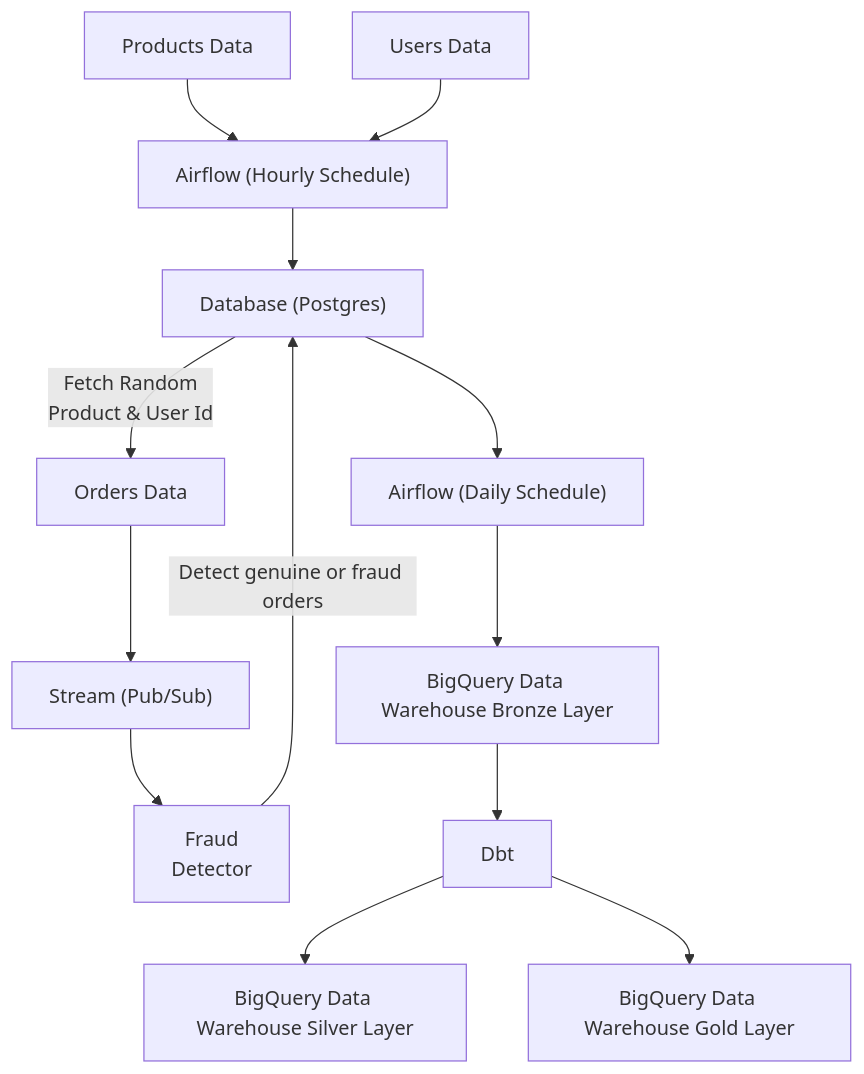
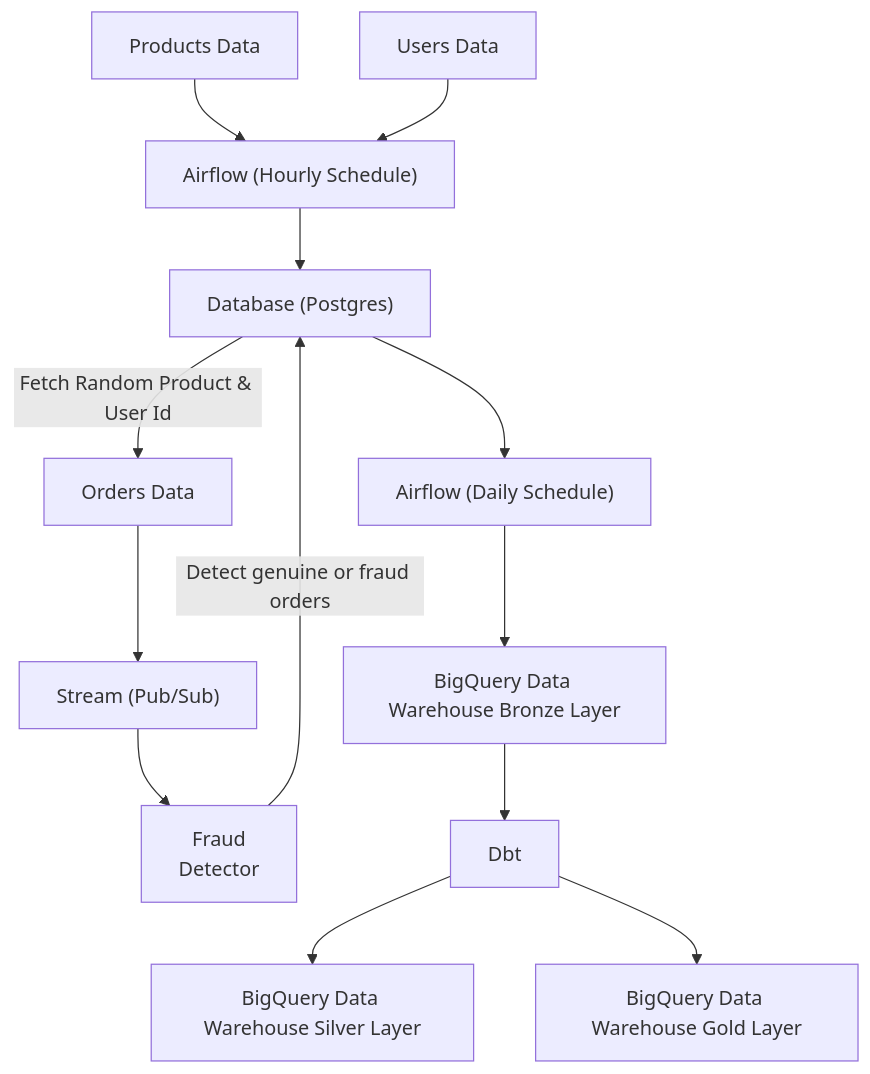
The diagram in README.md (ramadhantaAkmal/ecommerce-batch-streaming-pipeline), drawn with Mermaid before and after one commit.

Commit message:
Fix formatting in README for DB fetch description

````diff
--- a/README.md
+++ b/README.md
@@ -25,29 +25,29 @@
 ```mermaid
     flowchart TD
       Products[Products Data]
       Users[Users Data]
       Orders[Orders Data]
       Stream["Stream #40;Pub/Sub#41;"]
       FraudSys[Fraud\nDetector]
       DB[Database #40;Postgres#41;]
       BatchHourly[Airflow #40;Hourly Schedule#41;]
       BatchDaily[Airflow #40;Daily Schedule#41;]
       DWHBronze[BigQuery Data Warehouse Bronze Layer]
       DWHSilver[BigQuery Data Warehouse Silver Layer]
       DWHGold[BigQuery Data Warehouse Gold Layer]
       DBT[Dbt]
 
       Products --> BatchHourly
       Users --> BatchHourly
       Orders --> Stream
       Stream --> FraudSys
       BatchHourly --> DB
-      DB -->|Fetch Random\nProduct & User Id| Orders
+      DB -->|Fetch Random Product & User Id| Orders
       FraudSys --> |Detect genuine or fraud orders| DB
       DB --> BatchDaily
       BatchDaily --> DWHBronze
       DWHBronze --> DBT
       DBT --> DWHSilver
       DBT --> DWHGold
 
 ```
````
